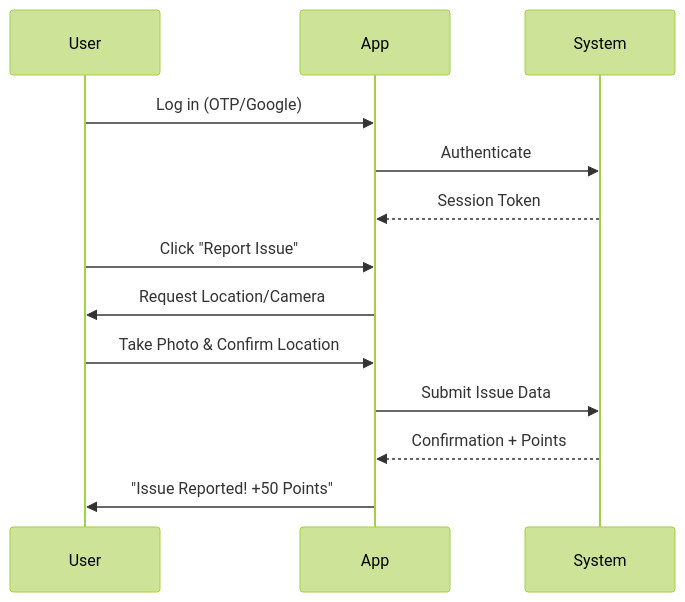
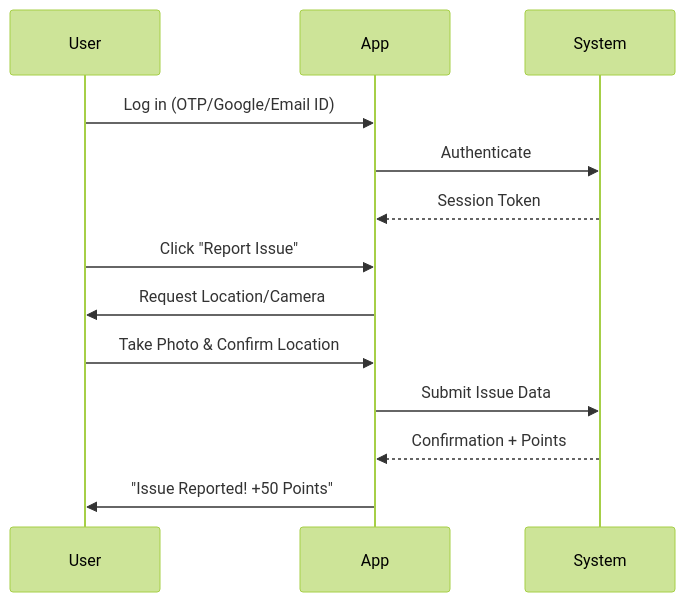
Before and after one commit to saswatdutta1310/Nagrik-Samadhan---Civic-Issue-Portal-: the second of 2 diagrams in README.md, drawn with Mermaid (forest theme).

````diff
--- a/README.md
+++ b/README.md
@@ -84,17 +84,17 @@
 ```mermaid
 sequenceDiagram
     participant User
     participant App
     participant System
     
-    User->>App: Log in (OTP/Google)
+    User->>App: Log in (OTP/Google/Email ID)
     App->>System: Authenticate
     System-->>App: Session Token
     
     User->>App: Click "Report Issue"
     App->>User: Request Location/Camera
     User->>App: Take Photo & Confirm Location
     App->>System: Submit Issue Data
     System-->>App: Confirmation + Points
     App->>User: "Issue Reported! +50 Points"
 ```
````
